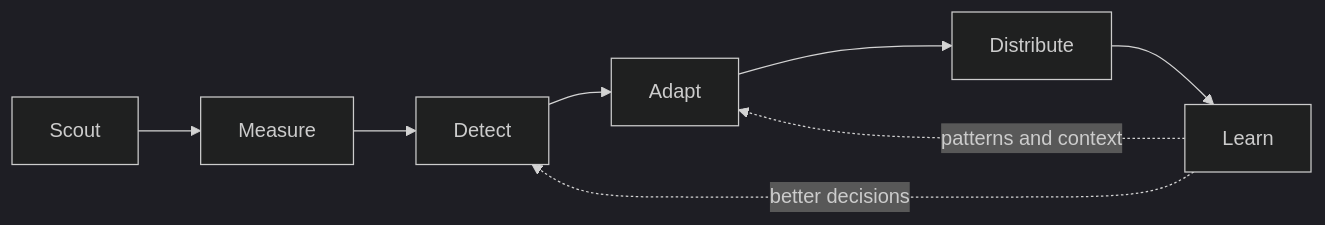
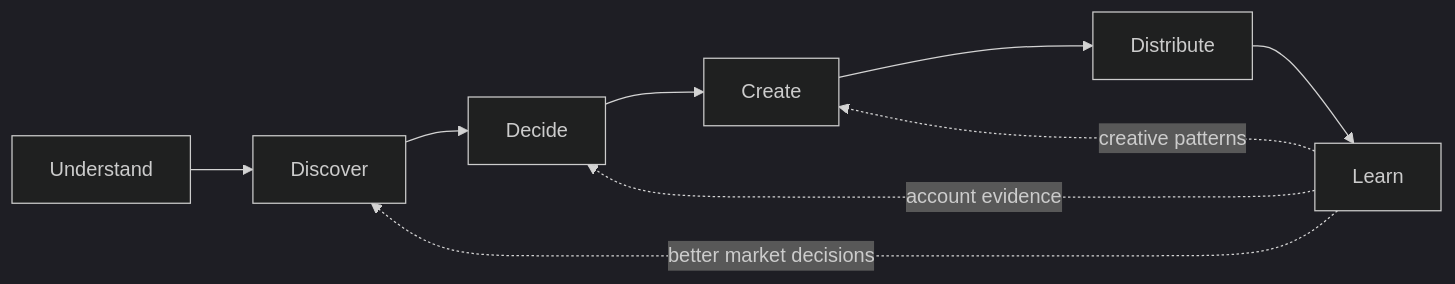
Before and after one commit to branteshq/vanda-studio: the diagram in docs/VISION.md, drawn with Mermaid (dark theme). The commit also changed other lines of this file, not shown here.

````diff
--- a/docs/VISION.md
+++ b/docs/VISION.md
@@ -89,10 +90,11 @@
 ```mermaid
 graph LR
-  S[Scout] --> M[Measure]
-  M --> D[Detect]
-  D --> A[Adapt]
-  A --> X[Distribute]
+  U[Understand] --> D[Discover]
+  D --> C[Decide]
+  C --> R[Create]
+  R --> X[Distribute]
   X --> L[Learn]
-  L -.better decisions.-> D
-  L -.patterns and context.-> A
+  L -.better market decisions.-> D
+  L -.account evidence.-> C
+  L -.creative patterns.-> R
 ```
````
